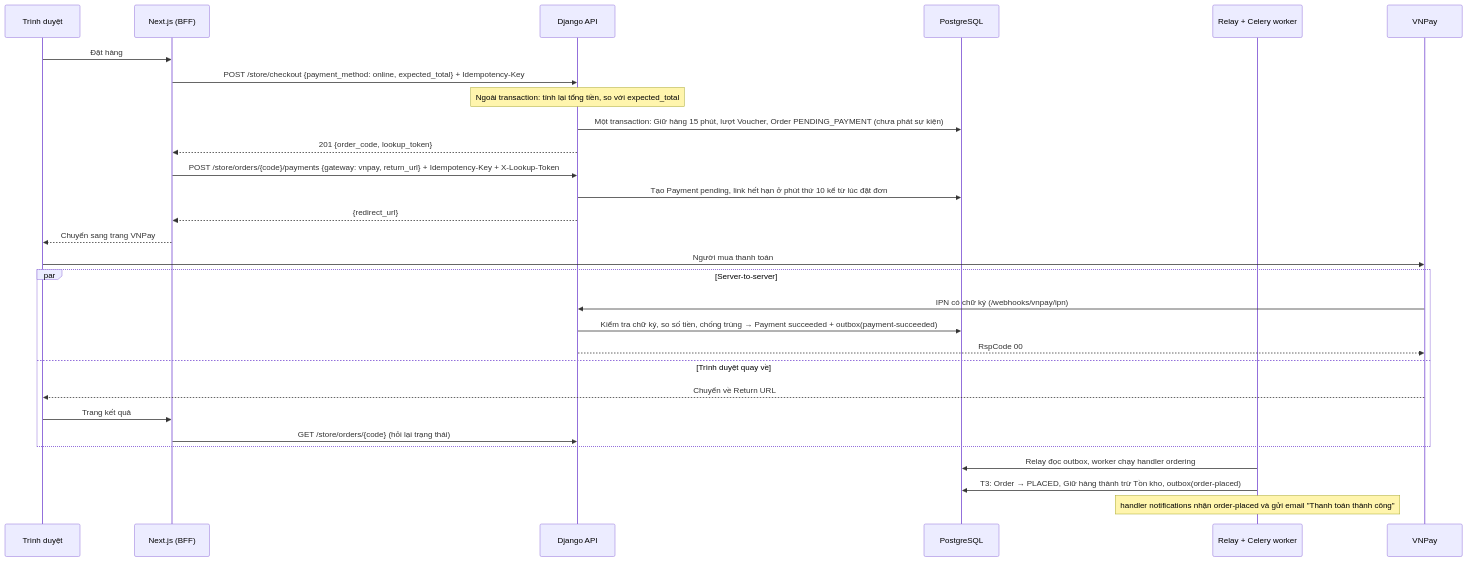
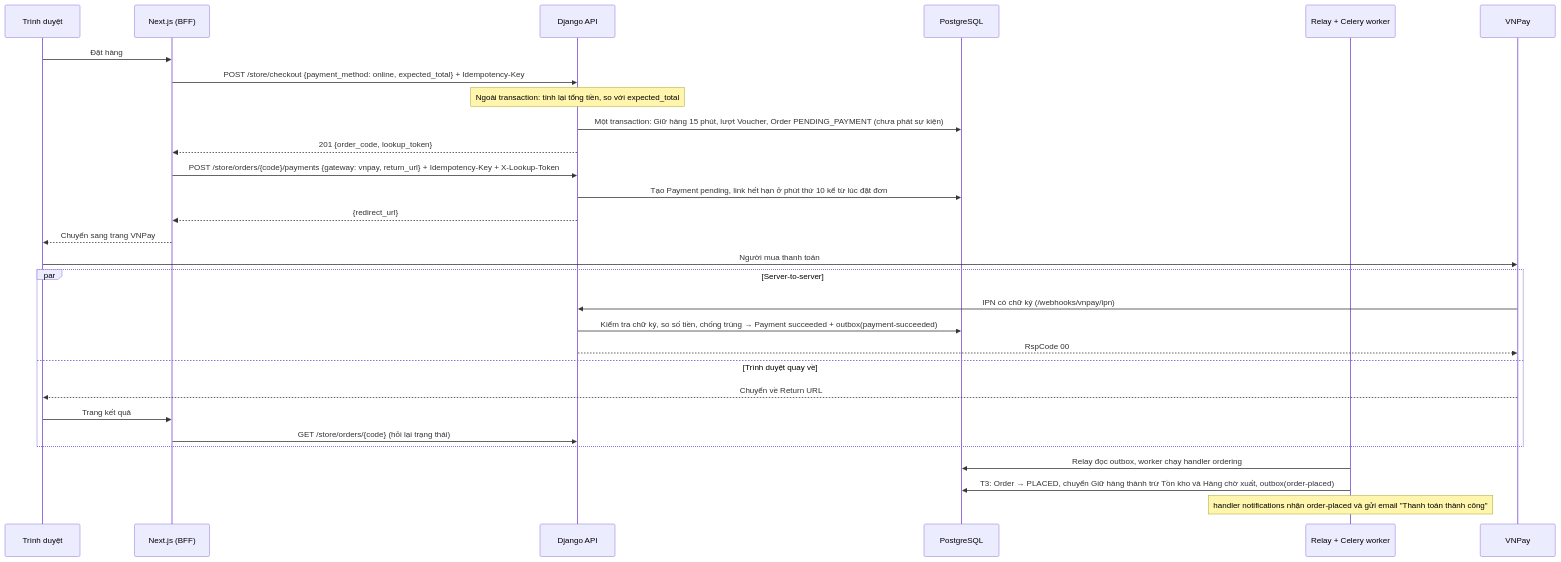
Before and after one commit to LuongCongThanh/boilerplate-ecommerce-next-16: the fourth of 4 diagrams in docs/architecture/01-system-context.md, drawn with Mermaid. The commit also changed other lines of this file and 1 other file, not shown here.

````diff
--- a/docs/architecture/01-system-context.md
+++ b/docs/architecture/01-system-context.md
@@ -135,32 +143,32 @@
 ```mermaid
 sequenceDiagram
     participant B as Trình duyệt
     participant N as Next.js (BFF)
     participant API as Django API
     participant DB as PostgreSQL
     participant R as Relay + Celery worker
     participant V as VNPay
 
     B->>N: Đặt hàng
     N->>API: POST /store/checkout {payment_method: online, expected_total} + Idempotency-Key
     Note over API: Ngoài transaction: tính lại tổng tiền, so với expected_total
     API->>DB: Một transaction: Giữ hàng 15 phút, lượt Voucher, Order PENDING_PAYMENT (chưa phát sự kiện)
     API-->>N: 201 {order_code, lookup_token}
     N->>API: POST /store/orders/{code}/payments {gateway: vnpay, return_url} + Idempotency-Key + X-Lookup-Token
     API->>DB: Tạo Payment pending, link hết hạn ở phút thứ 10 kể từ lúc đặt đơn
     API-->>N: {redirect_url}
     N-->>B: Chuyển sang trang VNPay
     B->>V: Người mua thanh toán
     par Server-to-server
         V->>API: IPN có chữ ký (/webhooks/vnpay/ipn)
         API->>DB: Kiểm tra chữ ký, so số tiền, chống trùng → Payment succeeded + outbox(payment-succeeded)
         API-->>V: RspCode 00
     and Trình duyệt quay về
         V-->>B: Chuyển về Return URL
         B->>N: Trang kết quả
         N->>API: GET /store/orders/{code} (hỏi lại trạng thái)
     end
     R->>DB: Relay đọc outbox, worker chạy handler ordering
-    R->>DB: T3: Order → PLACED, Giữ hàng thành trừ Tồn kho, outbox(order-placed)
+    R->>DB: T3: Order → PLACED, chuyển Giữ hàng thành trừ Tồn kho và Hàng chờ xuất, outbox(order-placed)
     Note over R: handler notifications nhận order-placed và gửi email "Thanh toán thành công"
 ```
````
